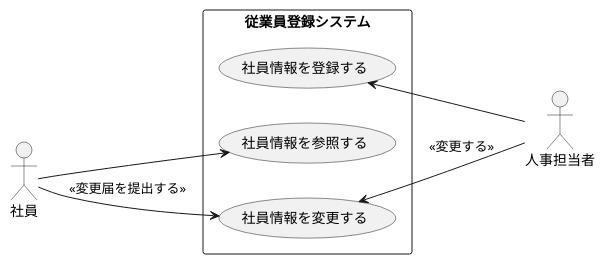
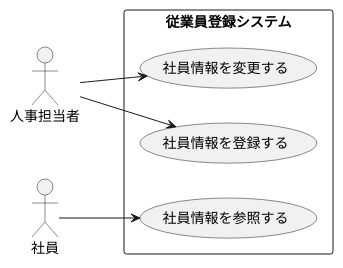
The diagram in 演習2-6_盛岡システム_従業員登録システム.pu (takumiTakahata/uml-introduction), drawn with PlantUML before and after one commit.

Commit message:
変更

```diff
--- a/演習2-6_盛岡システム_従業員登録システム.pu
+++ b/演習2-6_盛岡システム_従業員登録システム.pu
@@ -1,14 +1,13 @@
 @startuml ユースケース図
 left to right direction 
 actor 人事担当者
 actor 社員
 rectangle 従業員登録システム {
 usecase 社員情報を登録する
 usecase 社員情報を参照する
 usecase 社員情報を変更する
 }
-社員情報を登録する <-- 人事担当者
+人事担当者 --> 社員情報を登録する
+人事担当者 --> 社員情報を変更する
 社員 --> 社員情報を参照する
-社員 --> 社員情報を変更する:<<変更届を提出する>>
-社員情報を変更する <-- 人事担当者:<<変更する>>
 @enduml
```
